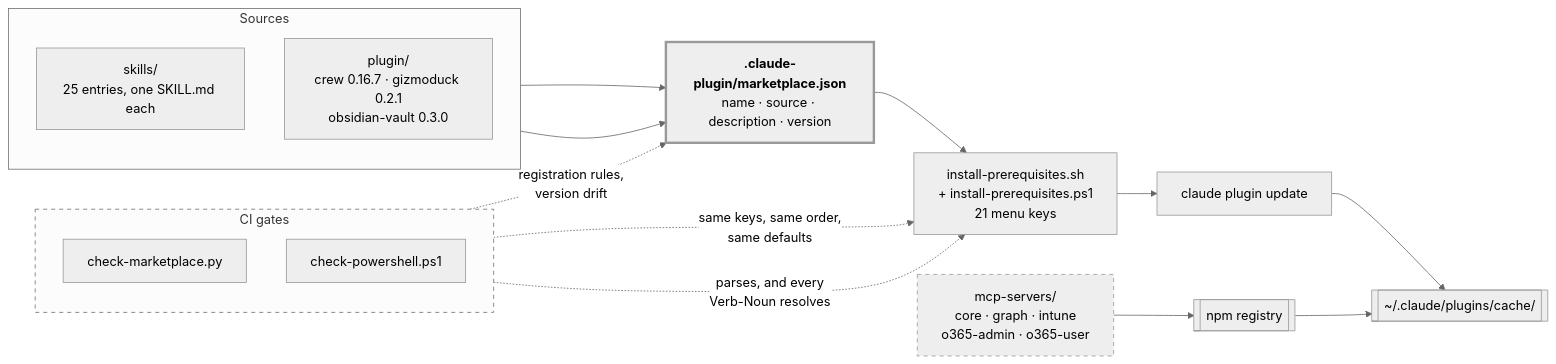
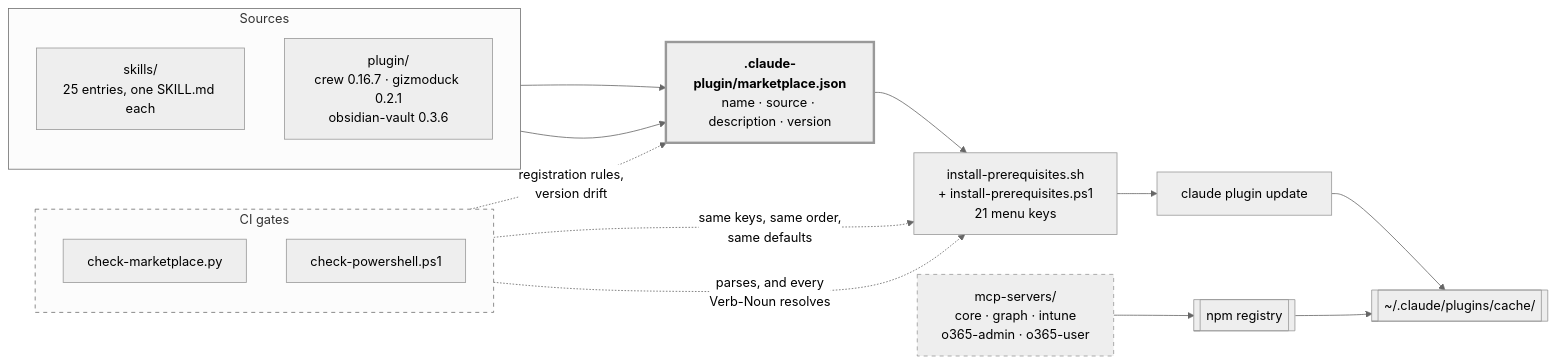
The diagram in docs/diagrams/architecture.mmd (mbadali25/useful-claude-add-ons), drawn with Mermaid (neutral theme) before and after one commit. The commit also changed 3 other files, not shown here.

First line of the commit message:
obsidian-vault: pin every exempt name to every frontmatter check

```diff
--- a/docs/diagrams/architecture.mmd
+++ b/docs/diagrams/architecture.mmd
@@ -1,45 +1,45 @@
 %% Generated from useful-claude-add-ons@875c9c6f on 2026-09-05. Verify before trusting.
 %% Anchors: .claude-plugin/marketplace.json, scripts/install-prerequisites.sh, scripts/install-prerequisites.ps1, scripts/check-marketplace.py, scripts/check-powershell.ps1, plugin/crew, plugin/gizmoduck, plugin/obsidian-vault, skills, mcp-servers/packages
 %% --
 %% This repo is a CATALOGUE more than a system: 25 of its 28 registered entries
 %% are a single SKILL.md with no code and no edges to anything else. What
 %% actually has structure is the registration contract in the middle -- every
 %% entry reaches a machine through marketplace.json and nothing else -- and
 %% mcp-servers/, a real npm workspace that ships via npm and is NOT in the
 %% marketplace at all. A box per folder would have hidden both facts.
 %% --
 %% Solid = something is delivered. Dashed = something is checked or constrained.
 
 flowchart LR
   subgraph src["Sources"]
     direction TB
     sk["skills/<br/>25 entries, one SKILL.md each"]
-    pl["plugin/<br/>crew 0.16.7 · gizmoduck 0.2.1<br/>obsidian-vault 0.3.0"]
+    pl["plugin/<br/>crew 0.16.7 · gizmoduck 0.2.1<br/>obsidian-vault 0.3.6"]
   end
 
   mkt["<b>.claude-plugin/marketplace.json</b><br/>name · source · description · version"]
   pair["install-prerequisites.sh<br/>+ install-prerequisites.ps1<br/>21 menu keys"]
   upd["claude plugin update"]
   machine[["~/.claude/plugins/cache/"]]
 
   mcp["mcp-servers/<br/>core · graph · intune<br/>o365-admin · o365-user"]
   npm[["npm registry"]]
 
   subgraph gates["CI gates"]
     direction TB
     cm["check-marketplace.py"]
     cps["check-powershell.ps1"]
   end
 
   sk --> mkt
   pl --> mkt
   mkt --> pair --> upd --> machine
   mcp --> npm --> machine
 
   cm -.->|"registration rules,<br/>version drift"| mkt
   cm -.->|"same keys, same order,<br/>same defaults"| pair
   cps -.->|"parses, and every<br/>Verb-Noun resolves"| pair
 
   style mkt stroke-width:3px
   style mcp stroke-dasharray: 5 5
   style gates stroke-dasharray: 5 5
```
